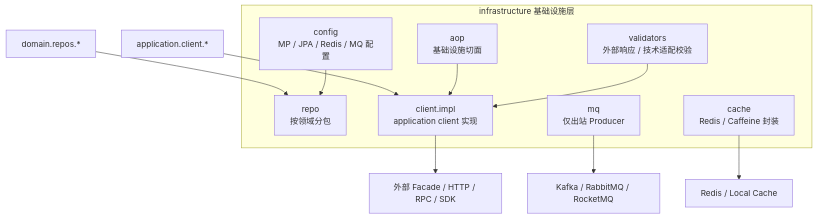
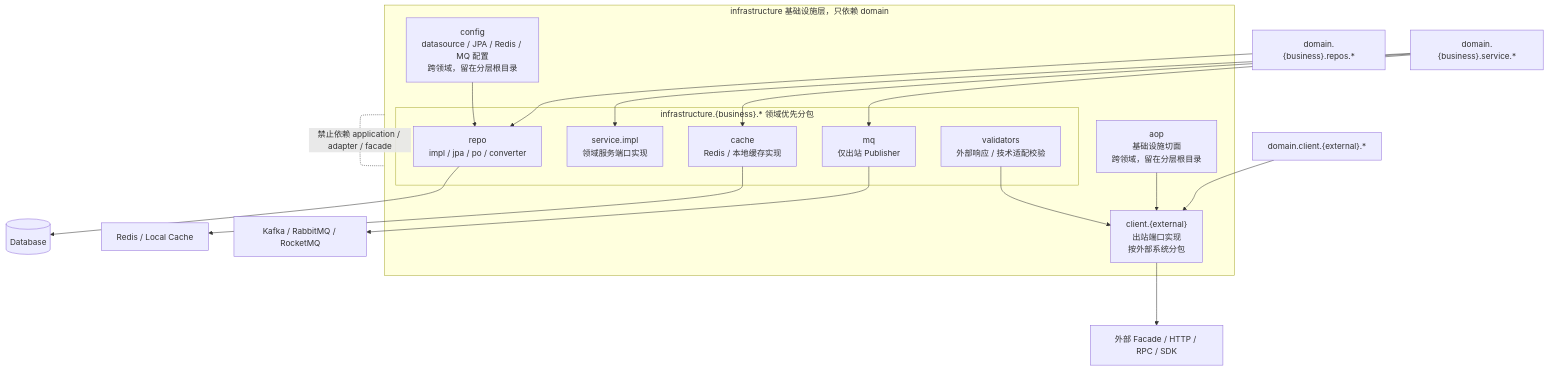
The eighth of 19 diagrams in egon-cola-archetypes/architecture-mermaid-diagrams.md (AllenDEricDAlexander/Egon-COLA), drawn with Mermaid before and after one commit. The commit also changed other lines of this file and 32 other files, not shown here.

First line of the commit message:
fix(archetypes): make architecture governance actually enforce, correct guide docs

````diff
--- a/egon-cola-archetypes/architecture-mermaid-diagrams.md
+++ b/egon-cola-archetypes/architecture-mermaid-diagrams.md
@@ -190,21 +222,29 @@
 ```mermaid
 flowchart TD
-    subgraph INFRA["infrastructure 基础设施层"]
-        REPO["repo<br/>按领域分包"]
-        CLIENT_IMPL["client.impl<br/>application client 实现"]
-        MQ["mq<br/>仅出站 Producer"]
-        CACHE["cache<br/>Redis / Caffeine 封装"]
-        AOP["aop<br/>基础设施切面"]
-        CONFIG["config<br/>MP / JPA / Redis / MQ 配置"]
-        VALIDATORS["validators<br/>外部响应 / 技术适配校验"]
+    subgraph INFRA["infrastructure 基础设施层，只依赖 domain"]
+        subgraph INFRA_BIZ["infrastructure.{business}.* 领域优先分包"]
+            REPO["repo<br/>impl / jpa / po / converter"]
+            MQ["mq<br/>仅出站 Publisher"]
+            CACHE["cache<br/>Redis / 本地缓存实现"]
+            SERVICE_IMPL["service.impl<br/>领域服务端口实现"]
+            VALIDATORS["validators<br/>外部响应 / 技术适配校验"]
+        end
+        CLIENT_IMPL["client.{external}<br/>出站端口实现<br/>按外部系统分包"]
+        AOP["aop<br/>基础设施切面<br/>跨领域，留在分层根目录"]
+        CONFIG["config<br/>datasource / JPA / Redis / MQ 配置<br/>跨领域，留在分层根目录"]
     end
 
-    APP_CLIENT["application.client.*"] --> CLIENT_IMPL
-    DOMAIN_REPO["domain.repos.*"] --> REPO
+    DOMAIN_CLIENT["domain.client.{external}.*"] --> CLIENT_IMPL
+    DOMAIN_REPO["domain.{business}.repos.*"] --> REPO
+    DOMAIN_SERVICE["domain.{business}.service.*"] --> SERVICE_IMPL
+    DOMAIN_SERVICE --> CACHE
+    DOMAIN_SERVICE --> MQ
+    REPO --> DB[(Database)]
     CLIENT_IMPL --> OUTER["外部 Facade / HTTP / RPC / SDK"]
     MQ --> BROKER["Kafka / RabbitMQ / RocketMQ"]
     CACHE --> REDIS["Redis / Local Cache"]
     CONFIG --> REPO
     AOP --> CLIENT_IMPL
     VALIDATORS --> CLIENT_IMPL
+    INFRA -. " 禁止依赖 application / adapter / facade " .- INFRA
 ```
````
